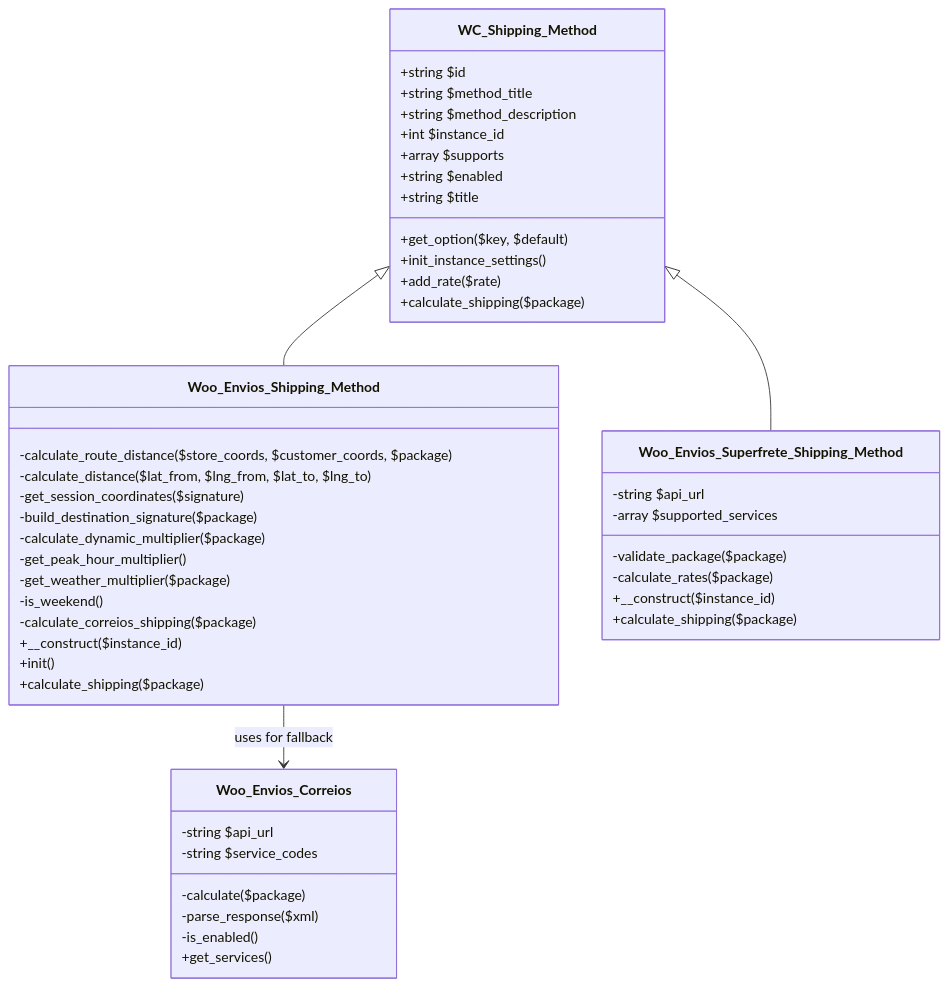
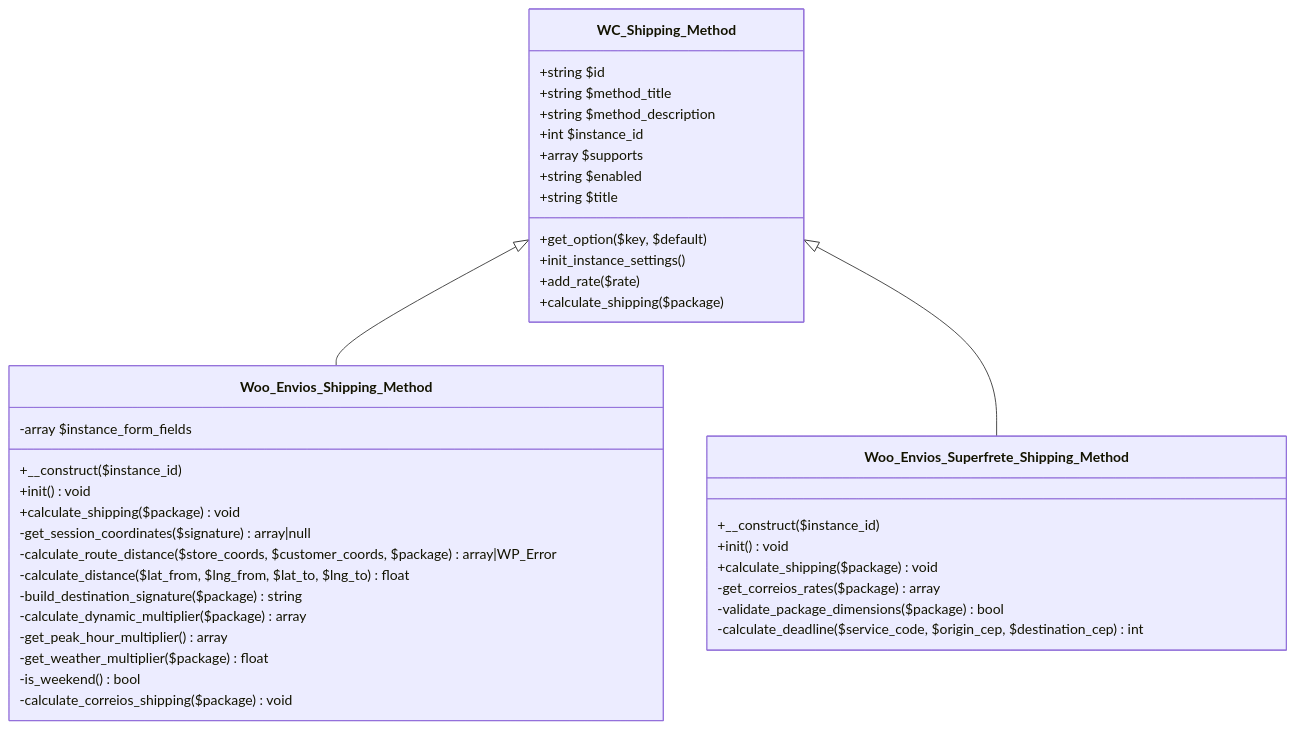
Before and after one commit to gustavofullstack/Woo_envios: the second of 5 diagrams in docs/ARCHITECTURE.md, drawn with Mermaid. The commit also changed other lines of this file and 5 other files, not shown here.

````diff
--- a/docs/ARCHITECTURE.md
+++ b/docs/ARCHITECTURE.md
@@ -114,53 +148,44 @@
 ```mermaid
 classDiagram
     class WC_Shipping_Method {
         +string $id
         +string $method_title
         +string $method_description
         +int $instance_id
         +array $supports
         +string $enabled
         +string $title
         +get_option($key, $default)
         +init_instance_settings()
         +add_rate($rate)
         +calculate_shipping($package)
     }
     
     class Woo_Envios_Shipping_Method {
-        -calculate_route_distance($store_coords, $customer_coords, $package)
-        -calculate_distance($lat_from, $lng_from, $lat_to, $lng_to)
-        -get_session_coordinates($signature)
-        -build_destination_signature($package)
-        -calculate_dynamic_multiplier($package)
-        -get_peak_hour_multiplier()
-        -get_weather_multiplier($package)
-        -is_weekend()
-        -calculate_correios_shipping($package)
+        -array $instance_form_fields
         +__construct($instance_id)
-        +init()
-        +calculate_shipping($package)
-    }
-    
-    class Woo_Envios_Correios {
-        -string $api_url
-        -string $service_codes
-        -calculate($package)
-        -parse_response($xml)
-        -is_enabled()
-        +get_services()
+        +init() void
+        +calculate_shipping($package) void
+        -get_session_coordinates($signature) array|null
+        -calculate_route_distance($store_coords, $customer_coords, $package) array|WP_Error
+        -calculate_distance($lat_from, $lng_from, $lat_to, $lng_to) float
+        -build_destination_signature($package) string
+        -calculate_dynamic_multiplier($package) array
+        -get_peak_hour_multiplier() array
+        -get_weather_multiplier($package) float
+        -is_weekend() bool
+        -calculate_correios_shipping($package) void
     }
     
     class Woo_Envios_Superfrete_Shipping_Method {
-        -string $api_url
-        -array $supported_services
-        -validate_package($package)
-        -calculate_rates($package)
         +__construct($instance_id)
-        +calculate_shipping($package)
+        +init() void
+        +calculate_shipping($package) void
+        -get_correios_rates($package) array
+        -validate_package_dimensions($package) bool
+        -calculate_deadline($service_code, $origin_cep, $destination_cep) int
     }
     
     WC_Shipping_Method <|-- Woo_Envios_Shipping_Method
     WC_Shipping_Method <|-- Woo_Envios_Superfrete_Shipping_Method
-    Woo_Envios_Shipping_Method --> Woo_Envios_Correios : uses for fallback
 ```
````
